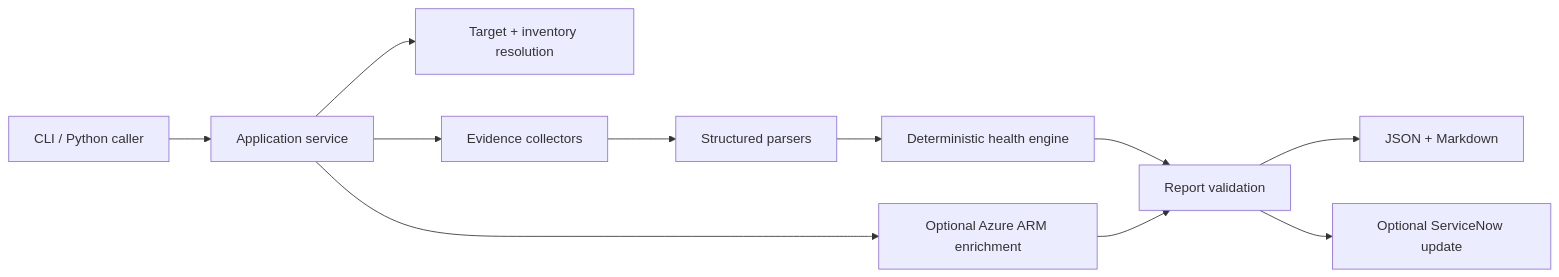
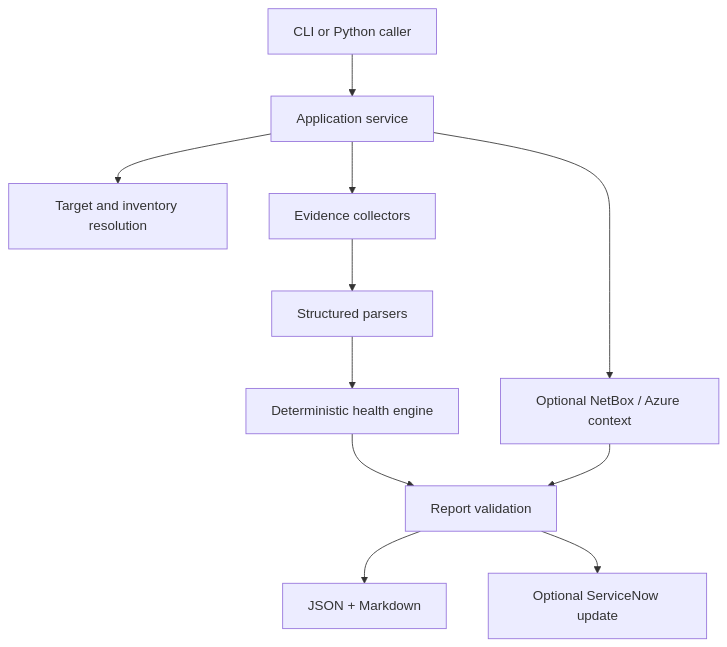
One commit to JNHolman/network-incident-pack changed the diagram in README.md. Above: the diagram before and after it, drawn with Mermaid. The commit also changed other lines of this file and 24 other files, not shown here.

````diff
--- a/README.md
+++ b/README.md
@@ -30,13 +80,13 @@
 ```mermaid
-flowchart LR
-    A[CLI / Python caller] --> B[Application service]
-    B --> C[Target + inventory resolution]
-    B --> C2[Optional Azure ARM enrichment]
+flowchart TD
+    A[CLI or Python caller] --> B[Application service]
+    B --> C[Target and inventory resolution]
     B --> D[Evidence collectors]
     D --> E[Structured parsers]
     E --> F[Deterministic health engine]
-    F --> G[Report validation]
-    G --> H[JSON + Markdown]
-    G --> I[Optional ServiceNow update]
-    C2 --> G
+    B --> G[Optional NetBox / Azure context]
+    F --> H[Report validation]
+    G --> H
+    H --> I[JSON + Markdown]
+    H --> J[Optional ServiceNow update]
 ```
````
